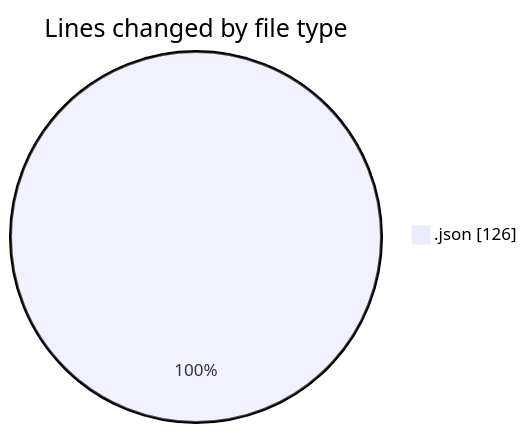
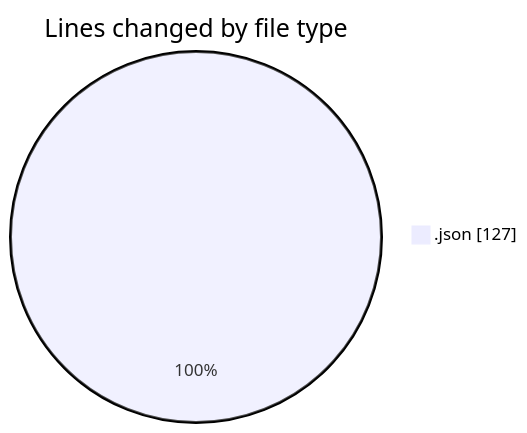
One commit to EIIisD/code-tracking changed the first of 2 diagrams in 2025-07-24/_claude/README.md. Above: the diagram before and after it, drawn with Mermaid. The commit also changed other lines of this file and 1 other file, not shown here.

````diff
--- a/2025-07-24/_claude/README.md
+++ b/2025-07-24/_claude/README.md
@@ -20,5 +20,5 @@
 ```mermaid
 pie showData
 title Lines changed by file type
-".json" : 126
+".json" : 127
 ```
````
